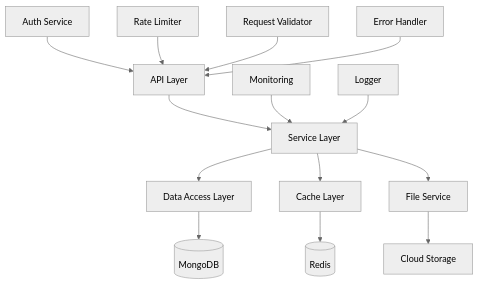
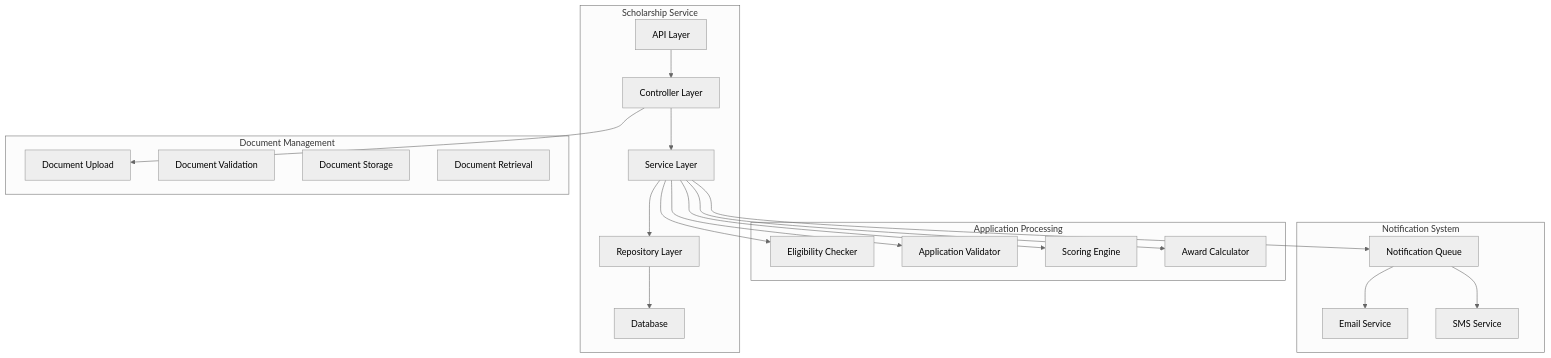
Before and after one commit to charankandukuri-52/The-Student-Voice: the second of 6 diagrams in README.md, drawn with Mermaid (neutral theme). The commit also changed other lines of this file, not shown here.

````diff
--- a/README.md
+++ b/README.md
@@ -40,16 +39,38 @@
 ```mermaid
 graph TD
-    A[API Layer] --> B[Service Layer]
-    B --> C[Data Access Layer]
-    C --> D[(MongoDB)]
-    B --> E[Cache Layer]
-    E --> F[(Redis)]
-    B --> G[File Service]
-    G --> H[Cloud Storage]
-    I[Auth Service] --> A
-    J[Monitoring] --> B
-    K[Rate Limiter] --> A
-    L[Request Validator] --> A
-    M[Error Handler] --> A
-    N[Logger] --> B
+    subgraph Scholarship Service
+        A[API Layer] --> B[Controller Layer]
+        B --> C[Service Layer]
+        C --> D[Repository Layer]
+        D --> E[Database]
+    end
+    
+    subgraph Document Management
+        F[Document Upload]
+        G[Document Validation]
+        H[Document Storage]
+        I[Document Retrieval]
+    end
+    
+    subgraph Application Processing
+        J[Eligibility Checker]
+        K[Application Validator]
+        L[Scoring Engine]
+        M[Award Calculator]
+    end
+    
+    subgraph Notification System
+        N[Email Service]
+        O[SMS Service]
+        P[Notification Queue]
+    end
+    
+    B --> F
+    C --> J
+    C --> K
+    C --> L
+    C --> M
+    C --> P
+    P --> N
+    P --> O
 ```
````
